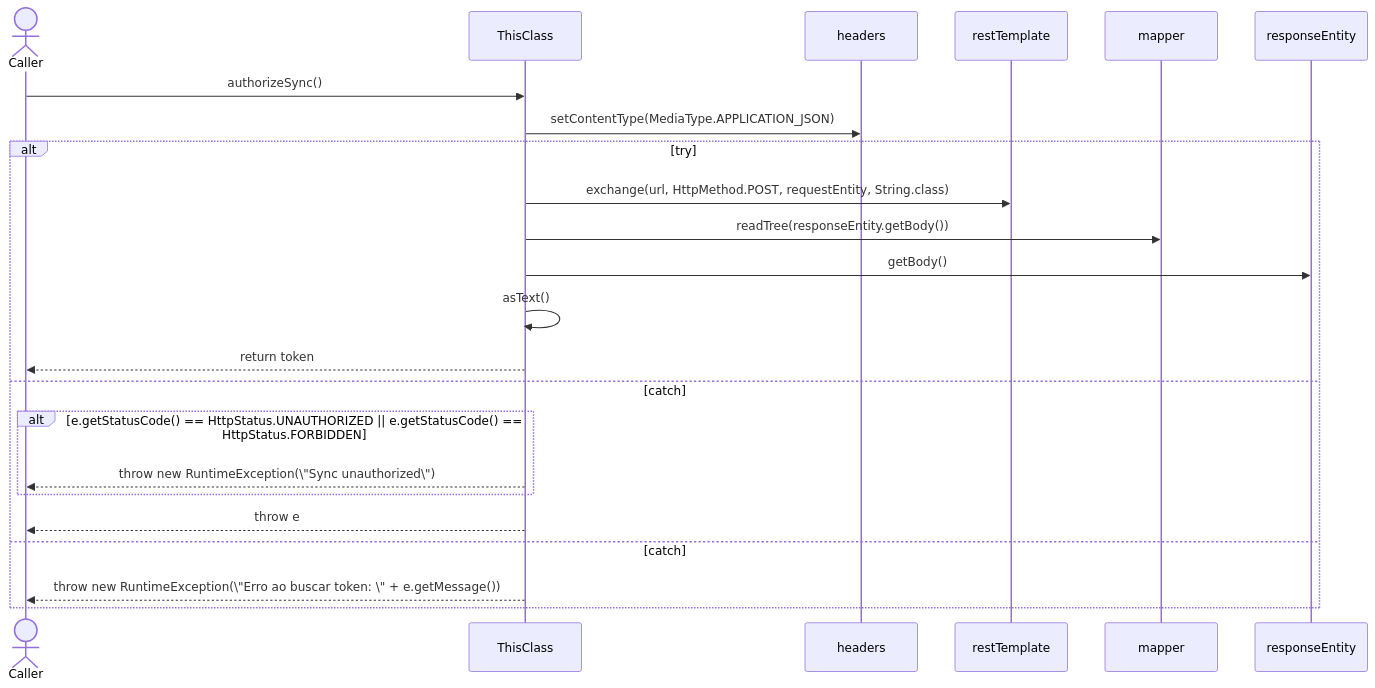
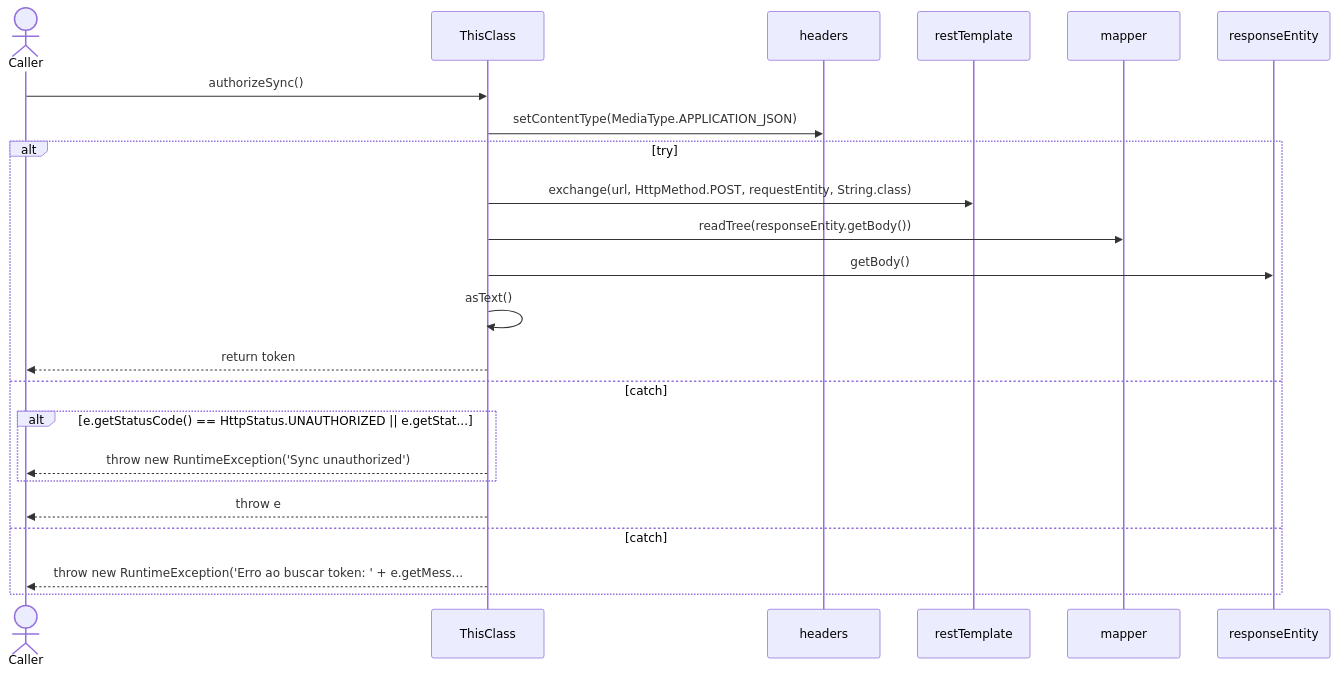
The sixth of 16 diagrams in docs/CloudSyncUploadService.md (FelipeMCassiano/geanky), drawn with Mermaid before and after one commit. The commit also changed other lines of this file and 7 other files, not shown here.

````diff
--- a/docs/CloudSyncUploadService.md
+++ b/docs/CloudSyncUploadService.md
@@ -482,27 +482,27 @@
 ```mermaid
 sequenceDiagram
     actor Caller
     participant ThisClass
     participant headers
     participant restTemplate
     participant mapper
     participant responseEntity
 
     Caller->>ThisClass: authorizeSync()
     ThisClass->>headers: setContentType(MediaType.APPLICATION_JSON)
     alt try
     ThisClass->>restTemplate: exchange(url, HttpMethod.POST, requestEntity, String.class)
     ThisClass->>mapper: readTree(responseEntity.getBody())
     ThisClass->>responseEntity: getBody()
     ThisClass->>ThisClass: asText()
     ThisClass-->>Caller: return token
     else catch 
-    alt e.getStatusCode() == HttpStatus.UNAUTHORIZED || e.getStatusCode() == HttpStatus.FORBIDDEN
-    ThisClass-->>Caller: throw new RuntimeException(\"Sync unauthorized\")
+    alt e.getStatusCode() == HttpStatus.UNAUTHORIZED || e.getStat...
+    ThisClass-->>Caller: throw new RuntimeException('Sync unauthorized')
     end
     ThisClass-->>Caller: throw e
     else catch 
-    ThisClass-->>Caller: throw new RuntimeException(\"Erro ao buscar token: \" + e.getMessage())
+    ThisClass-->>Caller: throw new RuntimeException('Erro ao buscar token: ' + e.getMess...
     end
 
 ```
````
